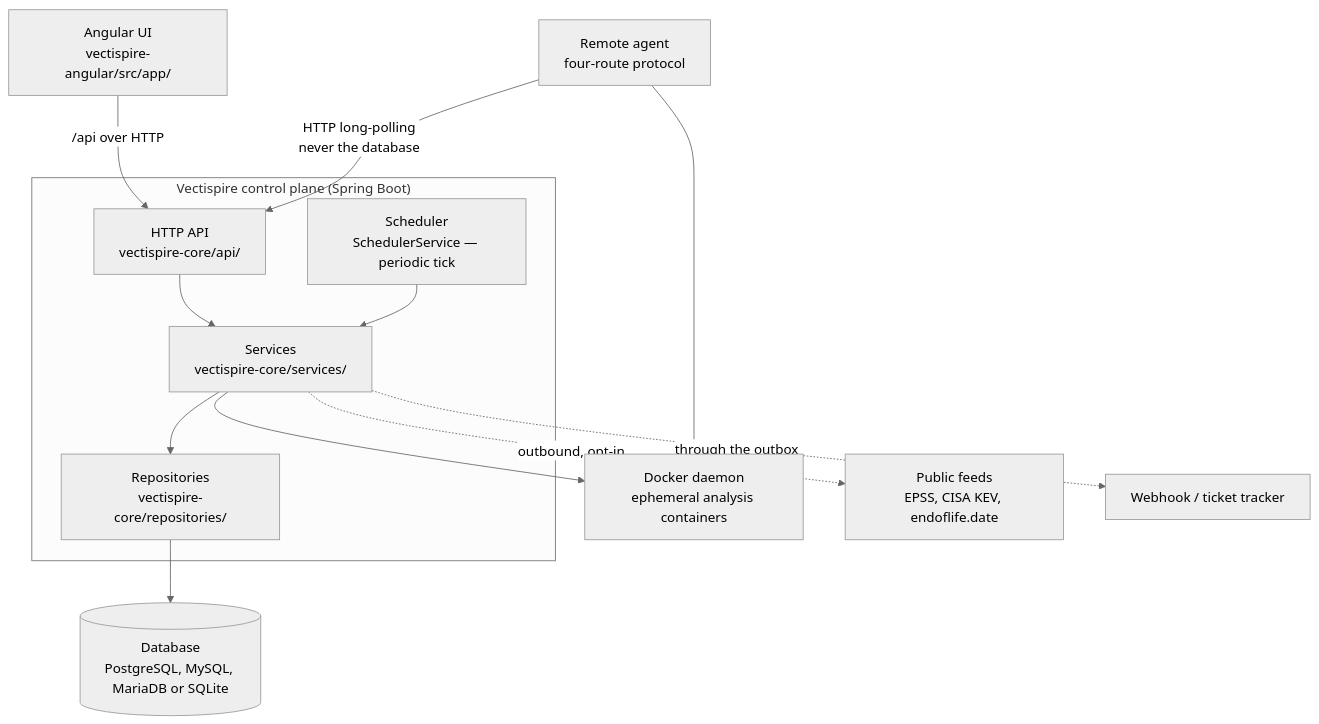
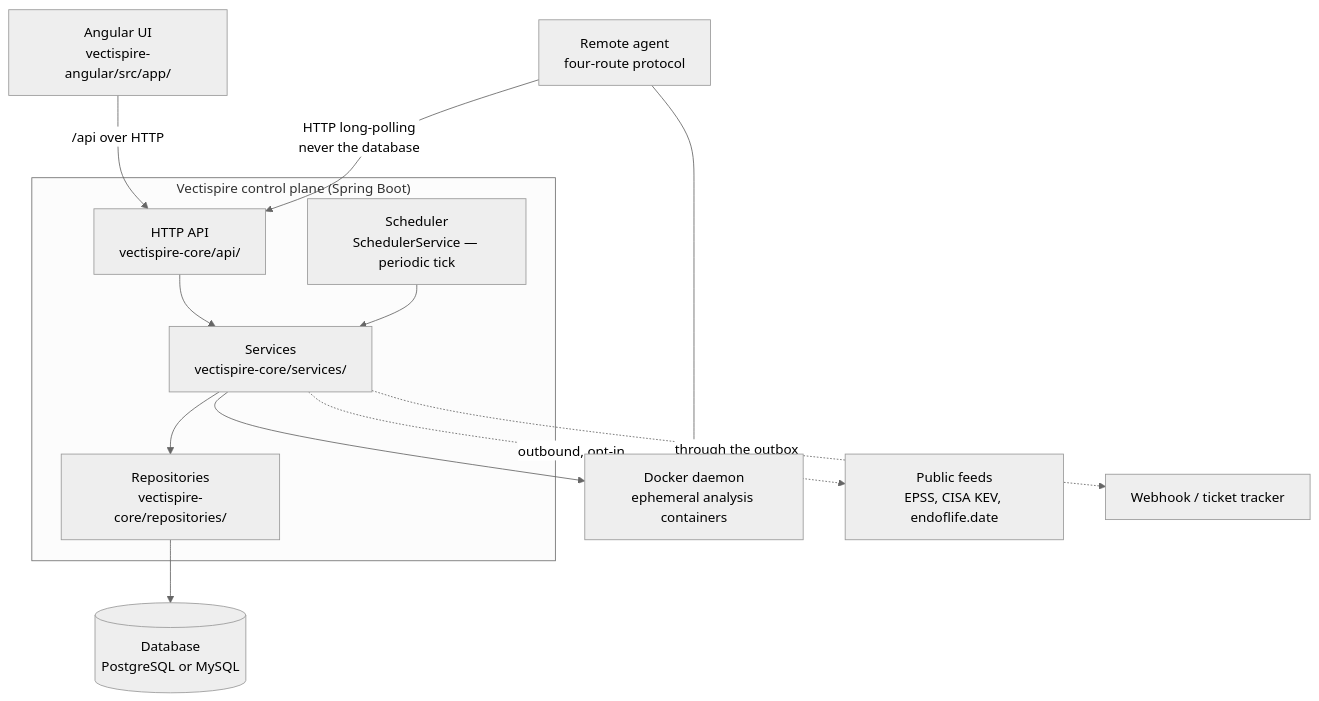
Before and after one commit to asmolabs/vectispire: the first of 2 diagrams in docs/architecture/en/01-overview.md, drawn with Mermaid (neutral theme). The commit also changed 59 other files, not shown here.

````diff
--- a/docs/architecture/en/01-overview.md
+++ b/docs/architecture/en/01-overview.md
@@ -38,27 +38,27 @@
 ```mermaid
 flowchart TB
     subgraph proc["Vectispire control plane (Spring Boot)"]
         API["HTTP API<br/>vectispire-core/api/"]
         SVC["Services<br/>vectispire-core/services/"]
         REPO["Repositories<br/>vectispire-core/repositories/"]
         SCHED["Scheduler<br/>SchedulerService — periodic tick"]
     end
 
     UI["Angular UI<br/>vectispire-angular/src/app/"]
-    DB[("Database<br/>PostgreSQL, MySQL, MariaDB or SQLite")]
+    DB[("Database<br/>PostgreSQL or MySQL")]
     DOCKER["Docker daemon<br/>ephemeral analysis containers"]
     AGENT["Remote agent<br/>four-route protocol"]
     FEEDS["Public feeds<br/>EPSS, CISA KEV, endoflife.date"]
     HOOK["Webhook / ticket tracker"]
 
     UI -->|"/api over HTTP"| API
     API --> SVC
     SCHED --> SVC
     SVC --> REPO
     REPO --> DB
     SVC --> DOCKER
     SVC -.->|"outbound, opt-in"| FEEDS
     SVC -.->|"through the outbox"| HOOK
     AGENT -->|"HTTP long-polling<br/>never the database"| API
     AGENT --> DOCKER
 ```
````
